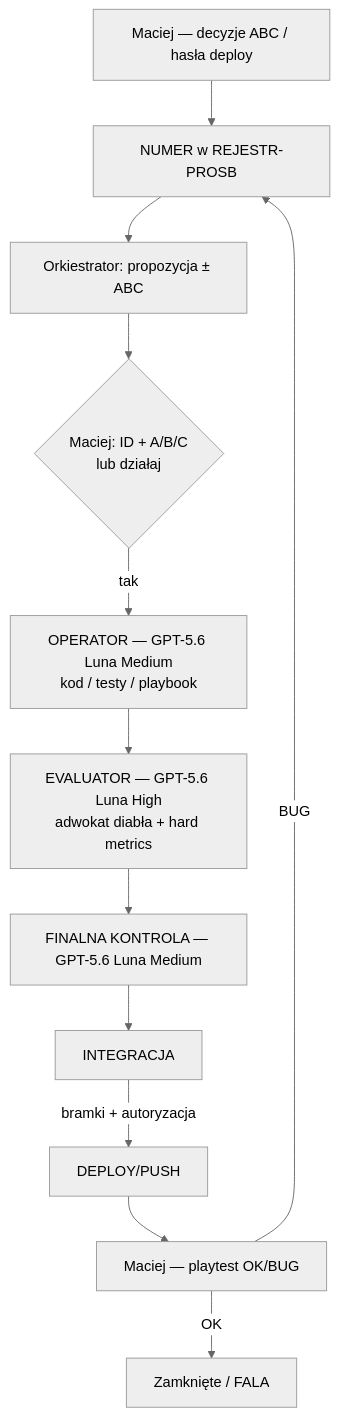
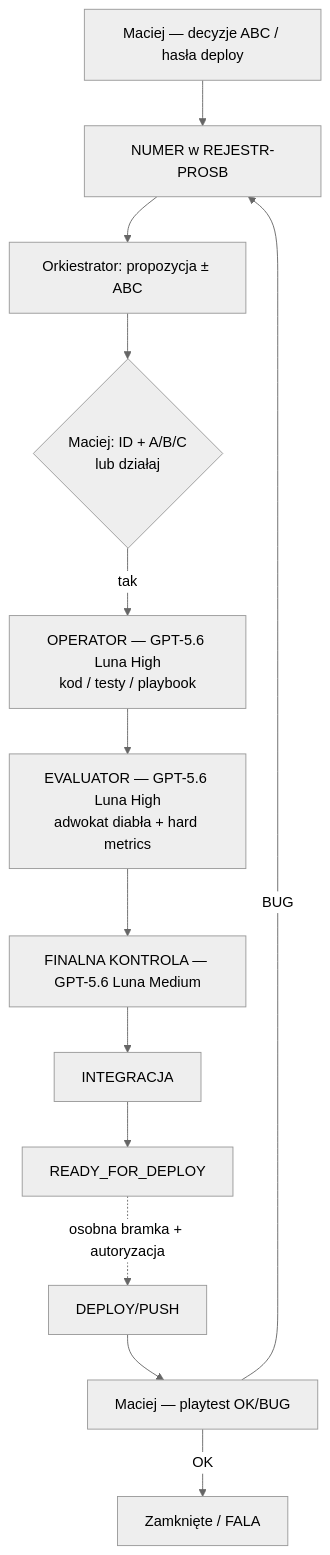
One commit to maciejsieracki/The-Game changed the diagram in dyspozycje/AUTOBOT-SCHEMAT-DZIALANIA.md. Above: the diagram before and after it, drawn with Mermaid (neutral theme). The commit also changed other lines of this file and 14 other files, not shown here.

````diff
--- a/dyspozycje/AUTOBOT-SCHEMAT-DZIALANIA.md
+++ b/dyspozycje/AUTOBOT-SCHEMAT-DZIALANIA.md
@@ -11,14 +11,15 @@
 ```mermaid
 flowchart TD
   M[Maciej — decyzje ABC / hasła deploy] --> ID[NUMER w REJESTR-PROSB]
   ID --> PROP[Orkiestrator: propozycja ± ABC]
   PROP --> DEC{Maciej: ID + A/B/C<br/>lub działaj}
-  DEC -->|tak| OP[OPERATOR — GPT-5.6 Luna Medium<br/>kod / testy / playbook]
+  DEC -->|tak| OP[OPERATOR — GPT-5.6 Luna High<br/>kod / testy / playbook]
   OP --> EV[EVALUATOR — GPT-5.6 Luna High<br/>adwokat diabła + hard metrics]
   EV --> GR[FINALNA KONTROLA — GPT-5.6 Luna Medium]
   GR --> INT[INTEGRACJA]
-  INT -->|bramki + autoryzacja| DEP[DEPLOY/PUSH]
+  INT --> READY[READY_FOR_DEPLOY]
+  READY -. osobna bramka + autoryzacja .-> DEP[DEPLOY/PUSH]
   DEP --> PLAY[Maciej — playtest OK/BUG]
   PLAY -->|BUG| ID
   PLAY -->|OK| DONE[Zamknięte / FALA]
 ```
````
